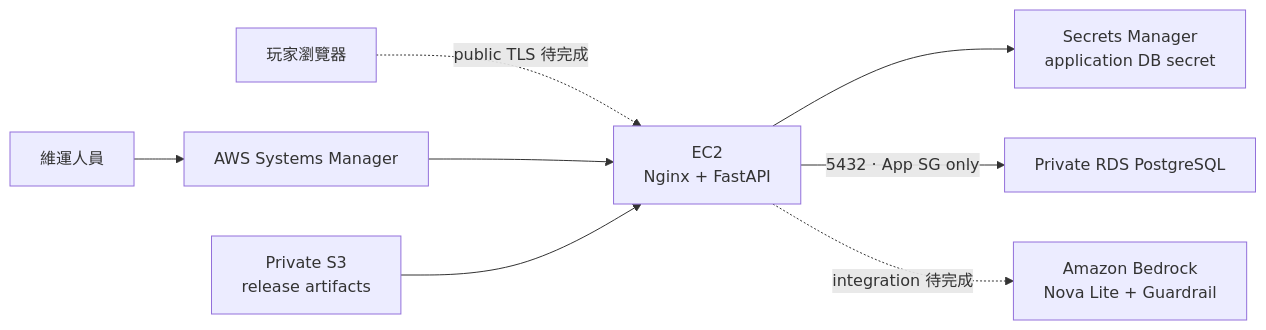
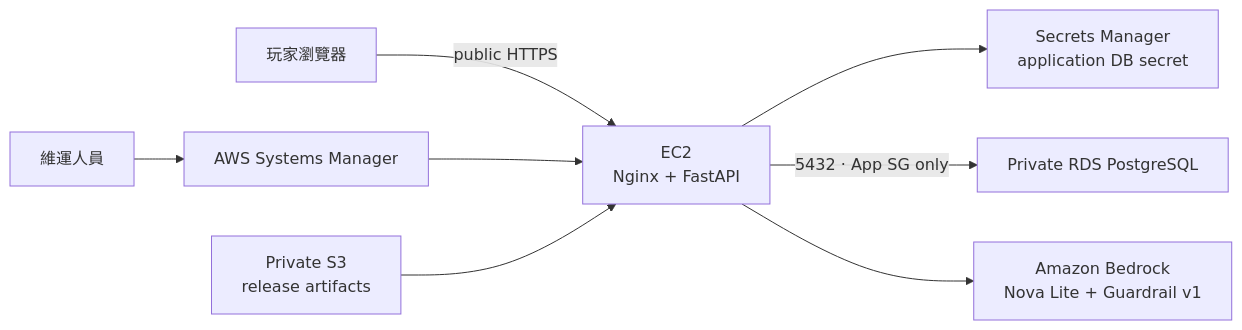
One commit to ChaoMing0815/AWS-cloud-lab changed the diagram in README.md. Above: the diagram before and after it, drawn with Mermaid. The commit also changed other lines of this file and 3 other files, not shown here.

````diff
--- a/README.md
+++ b/README.md
@@ -23,9 +23,9 @@
 ```mermaid
 flowchart LR
-    U["玩家瀏覽器"] -. "public TLS 待完成" .-> EC2
+    U["玩家瀏覽器"] -->|"public HTTPS"| EC2
     OP["維運人員"] --> SSM["AWS Systems Manager"] --> EC2
     S3["Private S3<br/>release artifacts"] --> EC2["EC2<br/>Nginx + FastAPI"]
     EC2 --> SM["Secrets Manager<br/>application DB secret"]
     EC2 -->|"5432 · App SG only"| RDS["Private RDS PostgreSQL"]
-    EC2 -. "integration 待完成" .-> BR["Amazon Bedrock<br/>Nova Lite + Guardrail"]
+    EC2 --> BR["Amazon Bedrock<br/>Nova Lite + Guardrail v1"]
 ```
````
